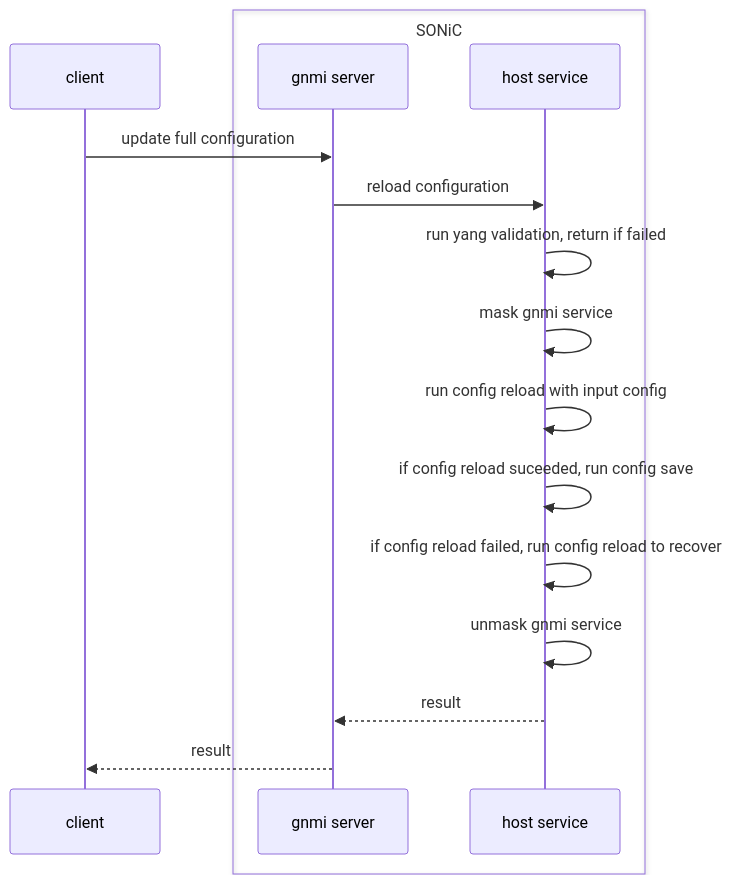
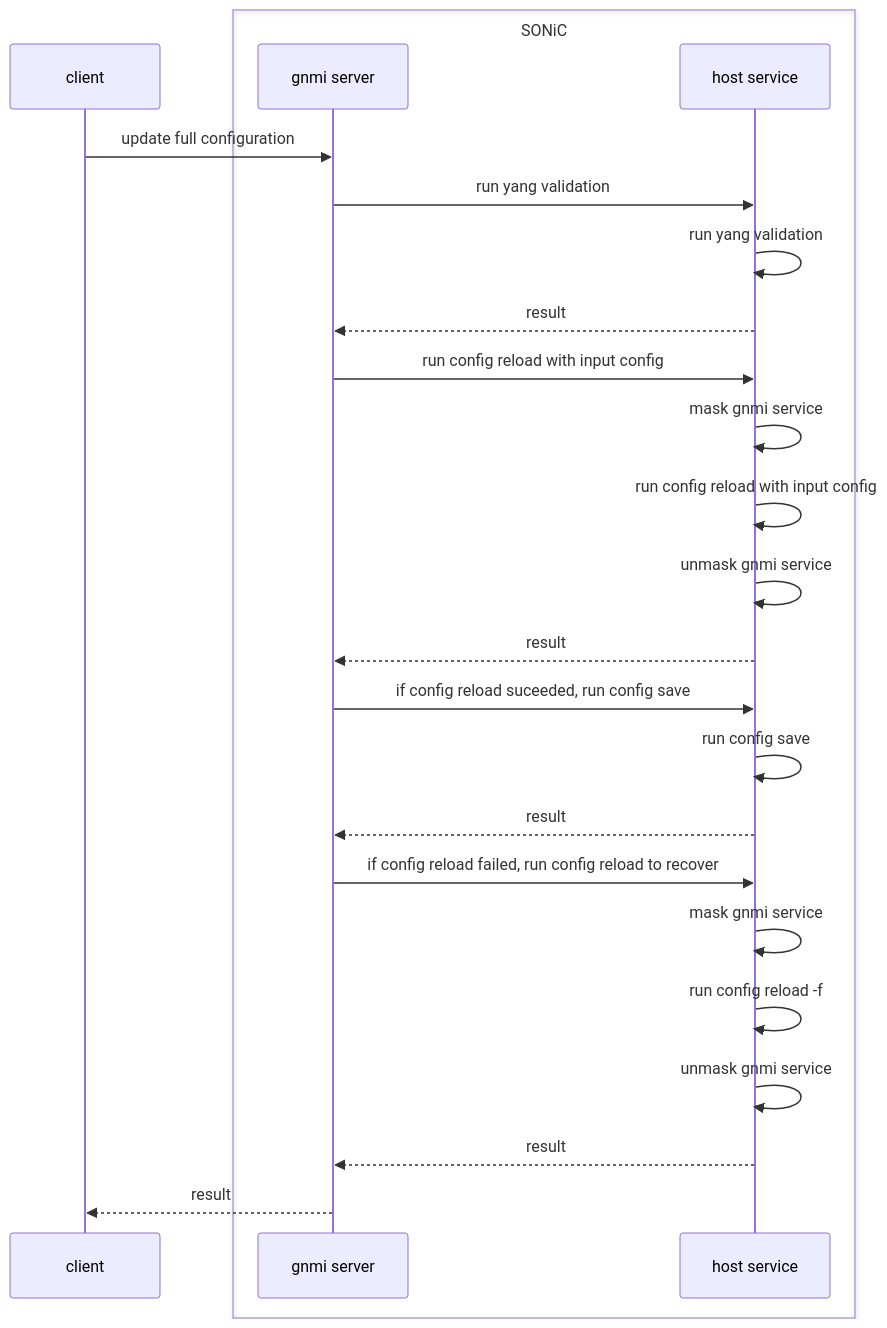
Before and after one commit to sonic-net/SONiC: the diagram in doc/mgmt/gnmi/SONiC_GNMI_Server_Interface_Design.md, drawn with Mermaid.

Commit message:
Fix flow chart

````diff
--- a/doc/mgmt/gnmi/SONiC_GNMI_Server_Interface_Design.md
+++ b/doc/mgmt/gnmi/SONiC_GNMI_Server_Interface_Design.md
@@ -452,18 +452,26 @@
 ```mermaid
 sequenceDiagram
     participant client
     box SONiC
         participant gnmi server
         participant host service
     end
     client->>gnmi server: update full configuration
-    gnmi server->>host service: reload configuration
-    host service->>host service: run yang validation, return if failed
+    gnmi server->>host service: run yang validation
+    host service->>host service: run yang validation
+    host service-->>gnmi server: result
+    gnmi server->>host service: run config reload with input config
     host service->>host service: mask gnmi service
     host service->>host service: run config reload with input config
-    host service->>host service: if config reload suceeded, run config save
-    host service->>host service: if config reload failed, run config reload to recover
+    host service->>host service: unmask gnmi service
+    host service-->>gnmi server: result
+    gnmi server->>host service: if config reload suceeded, run config save
+    host service->>host service: run config save
+    host service-->>gnmi server: result
+    gnmi server->>host service: if config reload failed, run config reload to recover
+    host service->>host service: mask gnmi service
+    host service->>host service: run config reload -f
     host service->>host service: unmask gnmi service
     host service-->>gnmi server: result
     gnmi server-->>client: result
 ```
````
